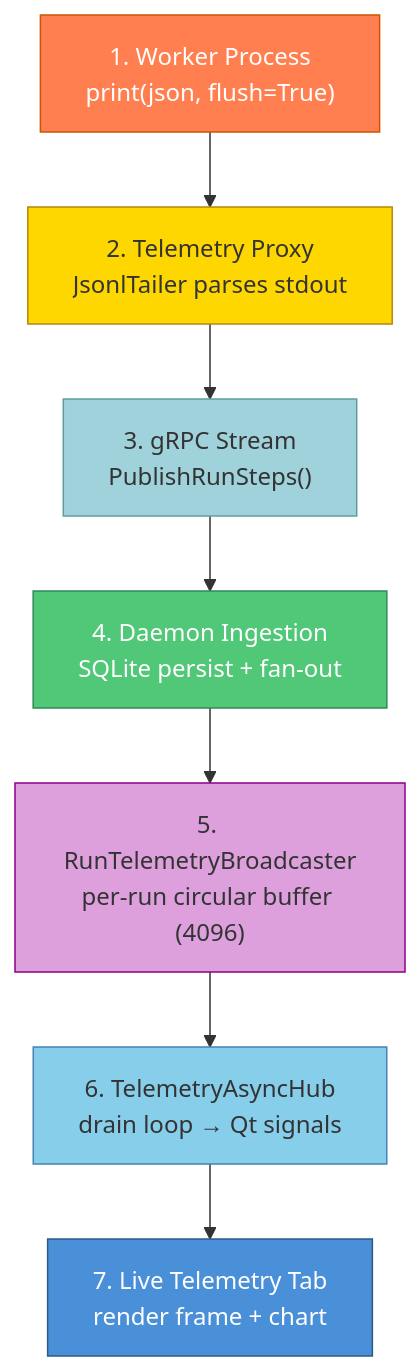
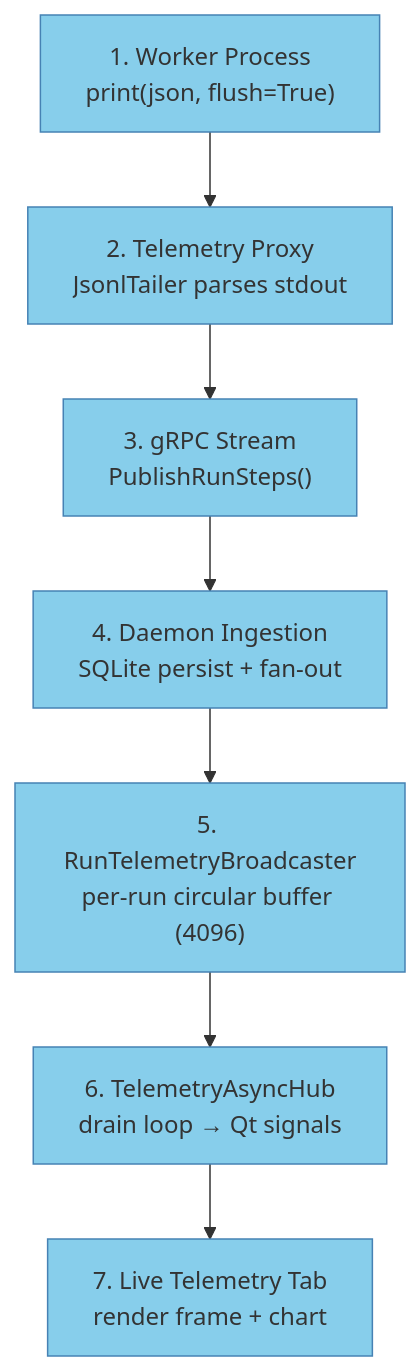
The fourth of 4 diagrams in docs/source/documents/architecture/workers/lifecycle.rst (Abdulhamid97Mousa/mosaic), drawn with Mermaid before and after one commit. The commit also changed other lines of this file and 14 other files, not shown here.

```diff
--- a/docs/source/documents/architecture/workers/lifecycle.rst
+++ b/docs/source/documents/architecture/workers/lifecycle.rst
@@ -217,20 +217,20 @@
 .. mermaid::
 
    graph TB
        W["1. Worker Process<br/>print(json, flush=True)"]
        P["2. Telemetry Proxy<br/>JsonlTailer parses stdout"]
        G["3. gRPC Stream<br/>PublishRunSteps()"]
        D["4. Daemon Ingestion<br/>SQLite persist + fan-out"]
        B["5. RunTelemetryBroadcaster<br/>per-run circular buffer (4096)"]
        H["6. TelemetryAsyncHub<br/>drain loop → Qt signals"]
        UI["7. Live Telemetry Tab<br/>render frame + chart"]
 
        W --> P --> G --> D --> B --> H --> UI
 
-       style W fill:#ff7f50,stroke:#cc5500,color:#fff
-       style P fill:#ffd700,stroke:#b8860b
-       style G fill:#a0d2db,stroke:#5f9ea0
-       style D fill:#50c878,stroke:#2e8b57,color:#fff
-       style B fill:#dda0dd,stroke:#8b008b
+       style W fill:#87ceeb,stroke:#4682b4
+       style P fill:#87ceeb,stroke:#4682b4
+       style G fill:#87ceeb,stroke:#4682b4
+       style D fill:#87ceeb,stroke:#4682b4
+       style B fill:#87ceeb,stroke:#4682b4
        style H fill:#87ceeb,stroke:#4682b4
-       style UI fill:#4a90d9,stroke:#2e5a87,color:#fff
+       style UI fill:#87ceeb,stroke:#4682b4
```
